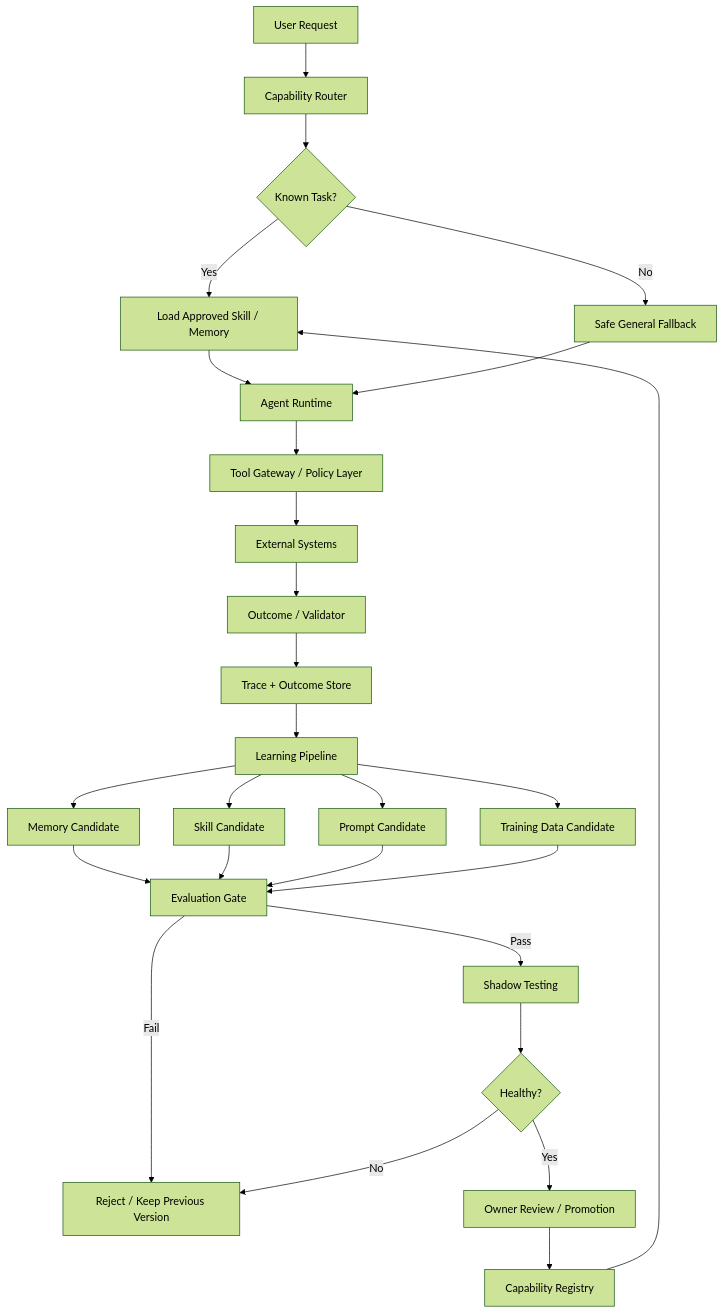
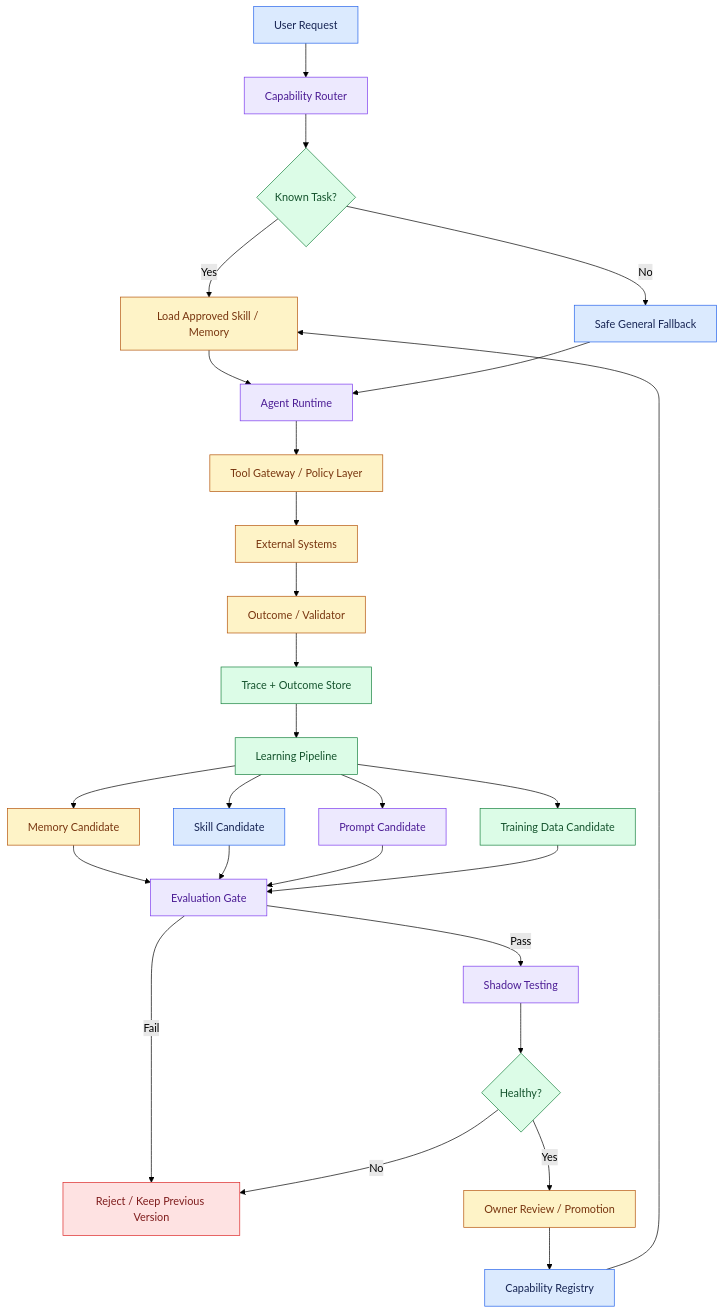
Before and after one commit to Sourav692/Forward-Deployed-Engineer-Interview-Prep: the fourth of 34 diagrams in 02_System_Design_Case_Studies/Standalone_Designs/80_Self_Adapting_Agent/2_Answer_Template/80_Answer_Template.md, drawn with Mermaid (forest theme). The commit also changed other lines of this file and 1268 other files, not shown here.

First line of the commit message:
content: polish Casebook writing and Mermaid diagrams (#251)

````diff
--- a/02_System_Design_Case_Studies/Standalone_Designs/80_Self_Adapting_Agent/2_Answer_Template/80_Answer_Template.md
+++ b/02_System_Design_Case_Studies/Standalone_Designs/80_Self_Adapting_Agent/2_Answer_Template/80_Answer_Template.md
@@ -173,39 +202,51 @@
 ```mermaid
 flowchart TD
     A[User Request] --> B[Capability Router]
     B --> C{Known Task?}
 
     C -->|Yes| D[Load Approved Skill / Memory]
     C -->|No| E[Safe General Fallback]
 
     D --> F[Agent Runtime]
     E --> F
 
     F --> G[Tool Gateway / Policy Layer]
     G --> H[External Systems]
 
     H --> I[Outcome / Validator]
     I --> J[Trace + Outcome Store]
 
     J --> K[Learning Pipeline]
 
     K --> L[Memory Candidate]
     K --> M[Skill Candidate]
     K --> N[Prompt Candidate]
     K --> O[Training Data Candidate]
 
     L --> P[Evaluation Gate]
     M --> P
     N --> P
     O --> P
 
     P -->|Fail| Q[Reject / Keep Previous Version]
     P -->|Pass| R[Shadow Testing]
 
     R --> S{Healthy?}
     S -->|No| Q
     S -->|Yes| T[Owner Review / Promotion]
 
     T --> U[Capability Registry]
     U --> D
+
+    %% Casebook colours: entry, reasoning, results, controls, and stopped paths.
+    classDef cbInput fill:#dbeafe,stroke:#2563eb,color:#172554
+    class A,E,M,U cbInput
+    classDef cbReason fill:#ede9fe,stroke:#7c3aed,color:#4c1d95
+    class B,F,N,P,R cbReason
+    classDef cbAction fill:#dcfce7,stroke:#15803d,color:#14532d
+    class C,J,K,O,S cbAction
+    classDef cbPolicy fill:#fef3c7,stroke:#b45309,color:#78350f
+    class D,G,H,I,L,T cbPolicy
+    classDef cbStop fill:#fee2e2,stroke:#dc2626,color:#7f1d1d
+    class Q cbStop
 ```
````
